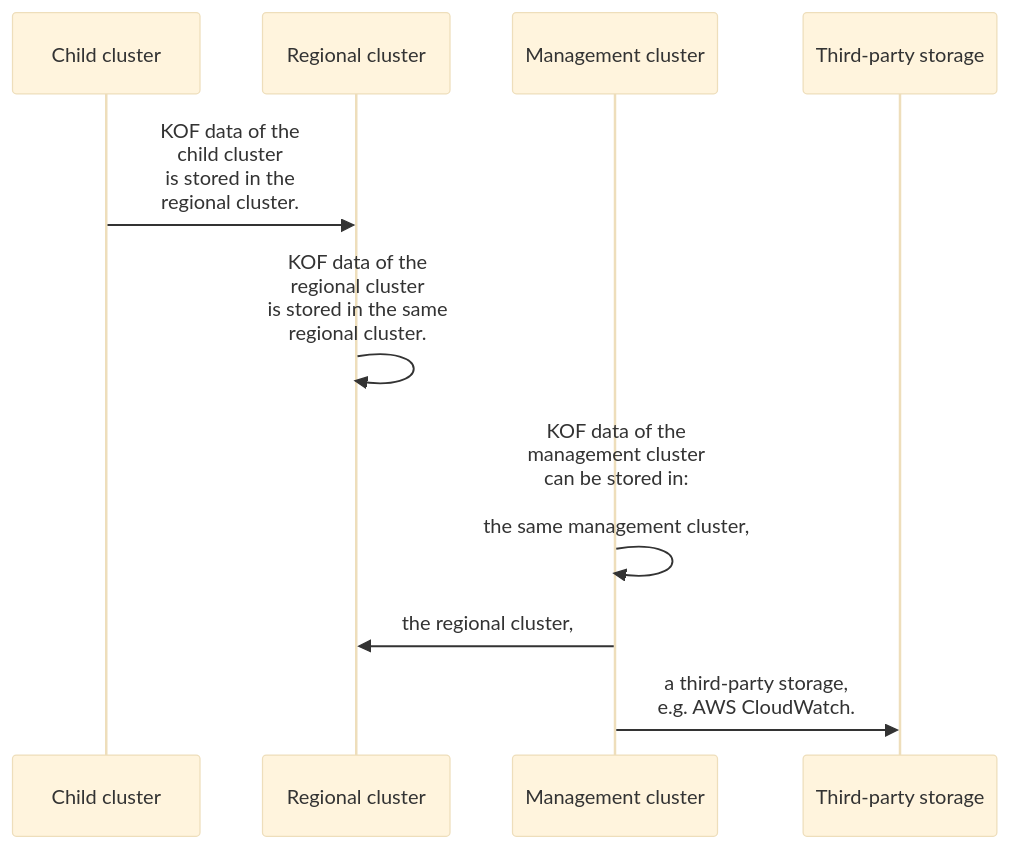
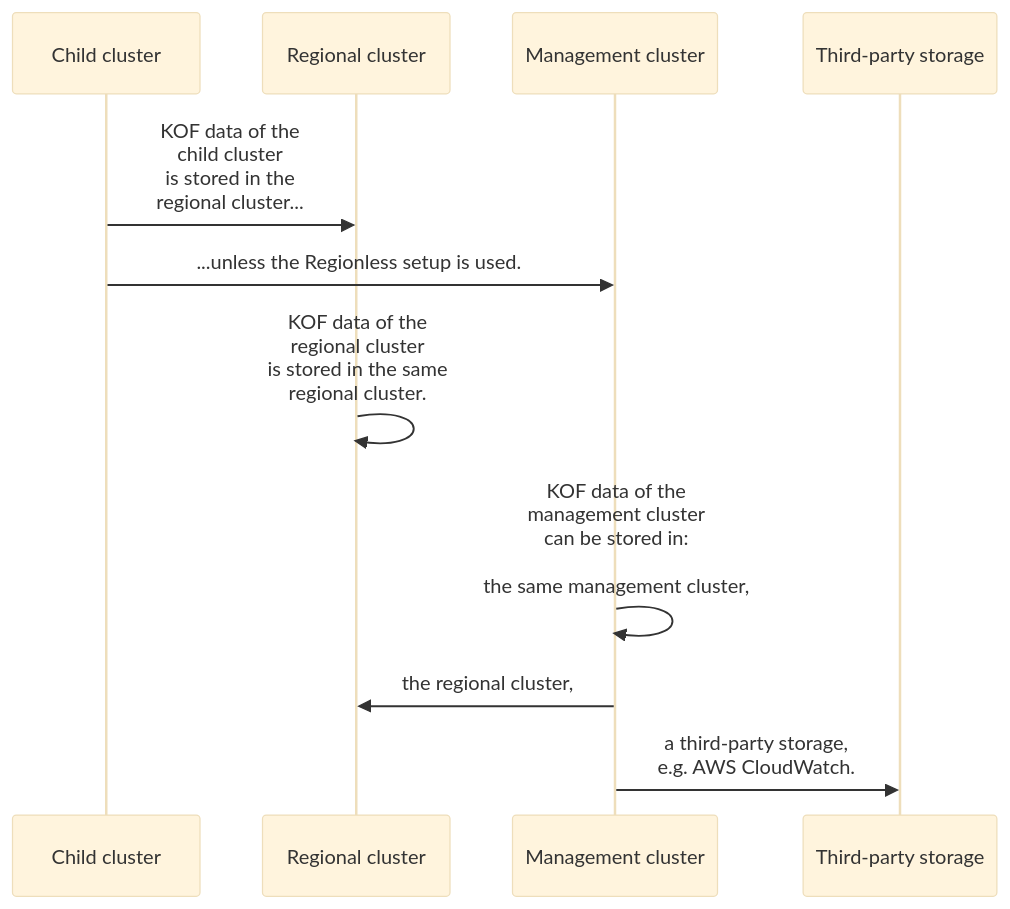
Before and after one commit to zerospiel/docs: the diagram in docs/admin/kof/kof-storing.md, drawn with Mermaid (base theme). The commit also changed other lines of this file and 5 other files, not shown here.

Commit message:
docs: KOF 1.10.0: Regionless, etc

````diff
--- a/docs/admin/kof/kof-storing.md
+++ b/docs/admin/kof/kof-storing.md
@@ -7,8 +7,9 @@
 ```mermaid
 sequenceDiagram
-    Child cluster->>Regional cluster: KOF data of the<br>child cluster<br>is stored in the<br>regional cluster.
+    Child cluster->>Regional cluster: KOF data of the<br>child cluster<br>is stored in the<br>regional cluster...
+    Child cluster->>Management cluster: ...unless the Regionless setup is used.
     Regional cluster->>Regional cluster: KOF data of the<br>regional cluster<br>is stored in the same<br>regional cluster.
     Management cluster->>Management cluster: KOF data of the<br>management cluster<br>can be stored in:<br><br>the same management cluster,
     Management cluster->>Regional cluster: the regional cluster,
     Management cluster->>Third-party storage: a third-party storage,<br>e.g. AWS CloudWatch.
 ```
````
